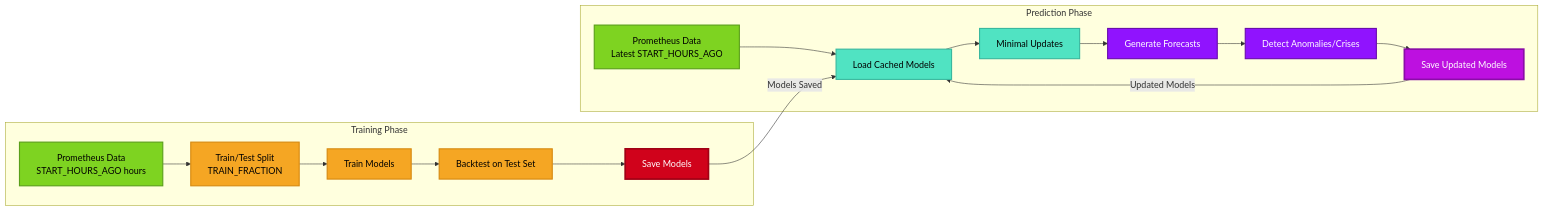
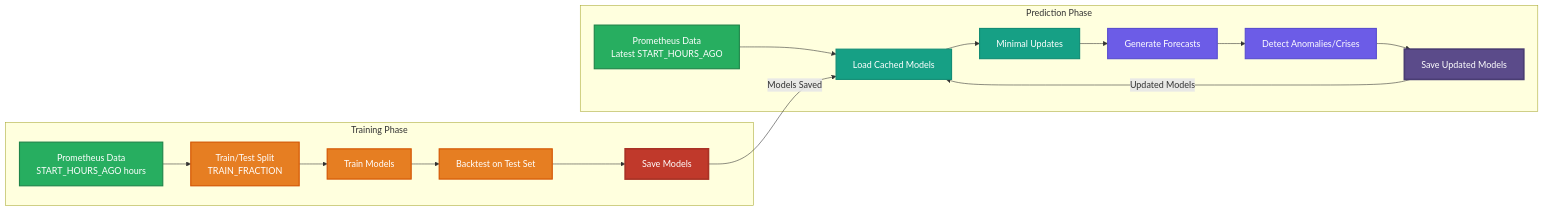
One commit to k8sautom8/metrics-ml changed the eighth of 11 diagrams in Docs/VISUAL_ARCHITECTURE_GUIDE.md. Above: the diagram before and after it, drawn with Mermaid. The commit also changed other lines of this file, not shown here.

````diff
--- a/Docs/VISUAL_ARCHITECTURE_GUIDE.md
+++ b/Docs/VISUAL_ARCHITECTURE_GUIDE.md
@@ -550,35 +551,35 @@
 ```mermaid
 graph LR
     subgraph "Training Phase"
         T1[Prometheus Data<br/>START_HOURS_AGO hours] --> T2[Train/Test Split<br/>TRAIN_FRACTION]
         T2 --> T3[Train Models]
         T3 --> T4[Backtest on Test Set]
         T4 --> T5[Save Models]
     end
     
     subgraph "Prediction Phase"
         P1[Prometheus Data<br/>Latest START_HOURS_AGO] --> P2[Load Cached Models]
         P2 --> P3[Minimal Updates]
         P3 --> P4[Generate Forecasts]
         P4 --> P5[Detect Anomalies/Crises]
         P5 --> P6[Save Updated Models]
     end
     
     T5 -->|Models Saved| P2
     P6 -->|Updated Models| P2
     
-    classDef trainingData fill:#7ED321,stroke:#5A9F1A,stroke-width:2px,color:#000
-    classDef trainingProcess fill:#F5A623,stroke:#D68910,stroke-width:2px,color:#000
-    classDef trainingSave fill:#D0021B,stroke:#A00115,stroke-width:3px,color:#fff
-    classDef predictionData fill:#4A90E2,stroke:#2E5C8A,stroke-width:2px,color:#fff
-    classDef predictionProcess fill:#50E3C2,stroke:#3AB89F,stroke-width:2px,color:#000
-    classDef predictionOutput fill:#9013FE,stroke:#6A0DAD,stroke-width:2px,color:#fff
-    classDef predictionSave fill:#BD10E0,stroke:#8B0DA8,stroke-width:3px,color:#fff
+    classDef trainingData fill:#27AE60,stroke:#1E8449,stroke-width:2px,color:#fff
+    classDef trainingProcess fill:#E67E22,stroke:#D35400,stroke-width:2px,color:#fff
+    classDef trainingSave fill:#C0392B,stroke:#A93226,stroke-width:3px,color:#fff
+    classDef predictionData fill:#2C3E50,stroke:#1A252F,stroke-width:2px,color:#fff
+    classDef predictionProcess fill:#16A085,stroke:#138D75,stroke-width:2px,color:#fff
+    classDef predictionOutput fill:#6C5CE7,stroke:#5A4FCF,stroke-width:2px,color:#fff
+    classDef predictionSave fill:#5B4B8A,stroke:#4A3D73,stroke-width:3px,color:#fff
     
     class T1,P1 trainingData
     class T2,T3,T4 trainingProcess
     class T5 trainingSave
     class P2,P3 predictionProcess
     class P4,P5 predictionOutput
     class P6 predictionSave
 ```
````
